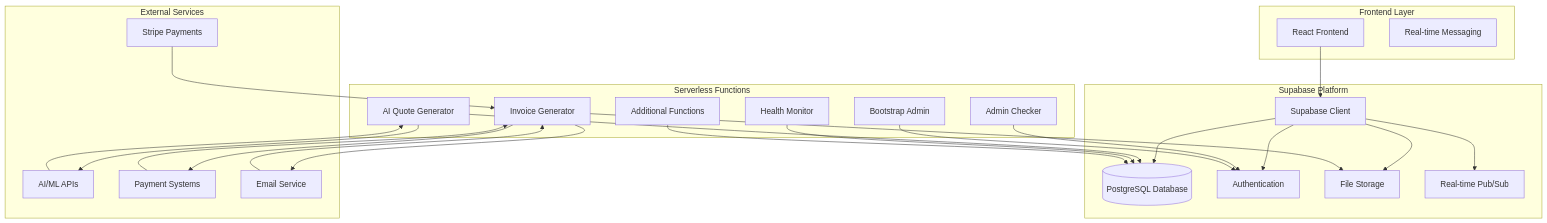
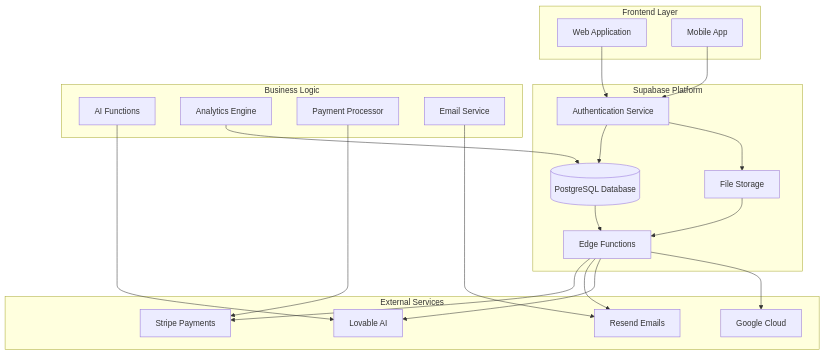
Before and after one commit to sleekapparels-admin/sleekapp-v100: the first of 5 diagrams in .qoder/repowiki/en/content/Backend Architecture/Backend Architecture.md, drawn with Mermaid. The commit also changed other lines of this file and 337 other files, not shown here.

````diff
--- a/.qoder/repowiki/en/content/Backend Architecture/Backend Architecture.md
+++ b/.qoder/repowiki/en/content/Backend Architecture/Backend Architecture.md
@@ -48,46 +45,39 @@
 ```mermaid
 graph TB
 subgraph "Frontend Layer"
-FE[React Frontend]
-RT[Real-time Messaging]
+WebApp[Web Application]
+MobileApp[Mobile App]
 end
 subgraph "Supabase Platform"
-SC[Supabase Client]
+Auth[Authentication Service]
 DB[(PostgreSQL Database)]
-AUTH[Authentication]
-STORAGE[File Storage]
-REALTIME[Real-time Pub/Sub]
-end
-subgraph "Serverless Functions"
-F1[AI Quote Generator]
-F2[Invoice Generator]
-F3[Admin Checker]
-F4[Health Monitor]
-F5[Bootstrap Admin]
-FN[Additional Functions]
+Storage[File Storage]
+EdgeFunctions[Edge Functions]
 end
 subgraph "External Services"
-AI[AI/ML APIs]
-PAY[Payment Systems]
-EMAIL[Email Service]
-STRIPE[Stripe Payments]
+Stripe[Stripe Payments]
+Resend[Resend Emails]
+LovableAI[Lovable AI]
+GoogleCloud[Google Cloud]
 end
-FE --> SC
-SC --> DB
-SC --> AUTH
-SC --> STORAGE
-SC --> REALTIME
-F1 --> AI
-F1 --> DB
-F2 --> PAY
-F2 --> EMAIL
-F2 --> STORAGE
-F3 --> AUTH
-F4 --> DB
-F5 --> AUTH
-FN --> DB
-AI --> F1
-PAY --> F2
-EMAIL --> F2
-STRIPE --> F2
+subgraph "Business Logic"
+AIFunctions[AI Functions]
+Analytics[Analytics Engine]
+Payment[Payment Processor]
+Email[Email Service]
+end
+WebApp --> Auth
+MobileApp --> Auth
+Auth --> DB
+Auth --> Storage
+DB --> EdgeFunctions
+Storage --> EdgeFunctions
+EdgeFunctions --> Stripe
+EdgeFunctions --> Resend
+EdgeFunctions --> LovableAI
+EdgeFunctions --> GoogleCloud
+AIFunctions --> LovableAI
+Analytics --> DB
+Payment --> Stripe
+Email --> Resend
 ```
````
